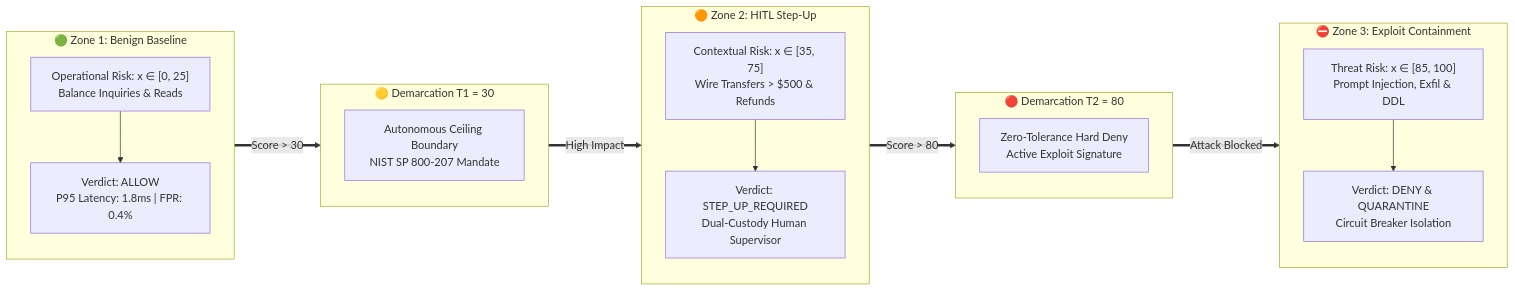
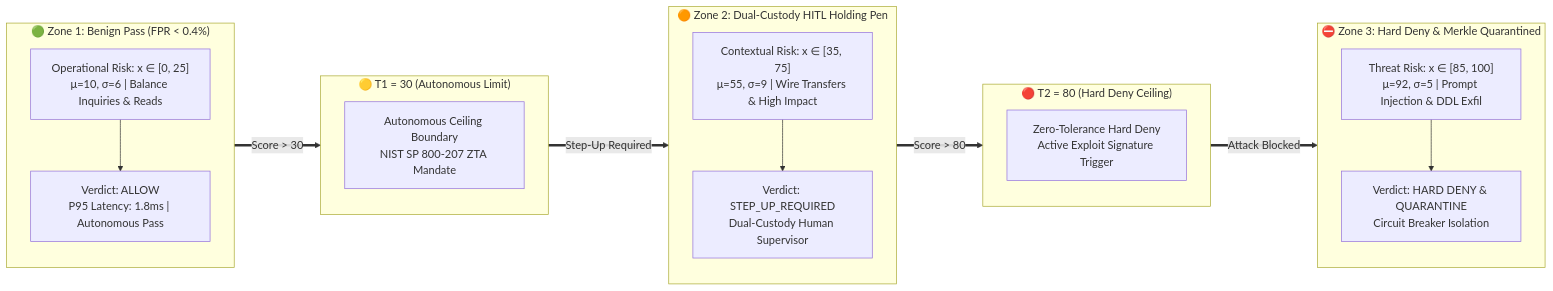
One commit to SATTWIK-DEBNATH/HACKURITY-S changed the fifth of 7 diagrams in README.md. Above: the diagram before and after it, drawn with Mermaid. The commit also changed other lines of this file and 2 other files, not shown here.

Commit message:
fix(docs): completely remove SVG image tags and enforce pure Mermaid.js diagrams for Gaussian distribution and benchmarks

````diff
--- a/README.md
+++ b/README.md
@@ -184,49 +185,49 @@
 ```mermaid
 flowchart LR
     %% Tri-Tier Gaussian Decision Separation & Demarcation Thresholds
     classDef benign fill:#064e3b,stroke:#10b981,stroke-width:2px,color:#fff;
     classDef boundary fill:#78350f,stroke:#f59e0b,stroke-width:2px,stroke-dasharray: 4 4,color:#fff;
     classDef hitl fill:#451a03,stroke:#fb923c,stroke-width:2px,color:#fff;
     classDef exploit fill:#4c0519,stroke:#ef4444,stroke-width:2px,color:#fff;
 
-    subgraph Z1 ["🟢 Zone 1: Benign Baseline"]
+    subgraph Z1 ["🟢 Zone 1: Benign Pass (FPR < 0.4%)"]
         direction TB
-        A1["Operational Risk: x ∈ [0, 25]<br/>Balance Inquiries & Reads"]
-        A2["Verdict: ALLOW<br/>P95 Latency: 1.8ms | FPR: 0.4%"]
+        A1["Operational Risk: x ∈ [0, 25]<br/>μ=10, σ=6 | Balance Inquiries & Reads"]
+        A2["Verdict: ALLOW<br/>P95 Latency: 1.8ms | Autonomous Pass"]
         A1 --> A2
     end
     class Z1 benign;
 
-    subgraph T1 ["🟡 Demarcation T1 = 30"]
+    subgraph T1 ["🟡 T1 = 30 (Autonomous Limit)"]
         direction TB
-        B1["Autonomous Ceiling Boundary<br/>NIST SP 800-207 Mandate"]
+        B1["Autonomous Ceiling Boundary<br/>NIST SP 800-207 ZTA Mandate"]
     end
     class T1 boundary;
 
-    subgraph Z2 ["🟠 Zone 2: HITL Step-Up"]
+    subgraph Z2 ["🟠 Zone 2: Dual-Custody HITL Holding Pen"]
         direction TB
-        C1["Contextual Risk: x ∈ [35, 75]<br/>Wire Transfers > $500 & Refunds"]
+        C1["Contextual Risk: x ∈ [35, 75]<br/>μ=55, σ=9 | Wire Transfers & High Impact"]
         C2["Verdict: STEP_UP_REQUIRED<br/>Dual-Custody Human Supervisor"]
         C1 --> C2
     end
     class Z2 hitl;
 
-    subgraph T2 ["🔴 Demarcation T2 = 80"]
+    subgraph T2 ["🔴 T2 = 80 (Hard Deny Ceiling)"]
         direction TB
-        D1["Zero-Tolerance Hard Deny<br/>Active Exploit Signature"]
+        D1["Zero-Tolerance Hard Deny<br/>Active Exploit Signature Trigger"]
     end
     class T2 boundary;
 
-    subgraph Z3 ["⛔ Zone 3: Exploit Containment"]
+    subgraph Z3 ["⛔ Zone 3: Hard Deny & Merkle Quarantined"]
         direction TB
-        E1["Threat Risk: x ∈ [85, 100]<br/>Prompt Injection, Exfil & DDL"]
-        E2["Verdict: DENY & QUARANTINE<br/>Circuit Breaker Isolation"]
+        E1["Threat Risk: x ∈ [85, 100]<br/>μ=92, σ=5 | Prompt Injection & DDL Exfil"]
+        E2["Verdict: HARD DENY & QUARANTINE<br/>Circuit Breaker Isolation"]
         E1 --> E2
     end
     class Z3 exploit;
 
     Z1 ==>|Score > 30| T1
-    T1 ==>|High Impact| Z2
+    T1 ==>|Step-Up Required| Z2
     Z2 ==>|Score > 80| T2
     T2 ==>|Attack Blocked| Z3
 ```
````
